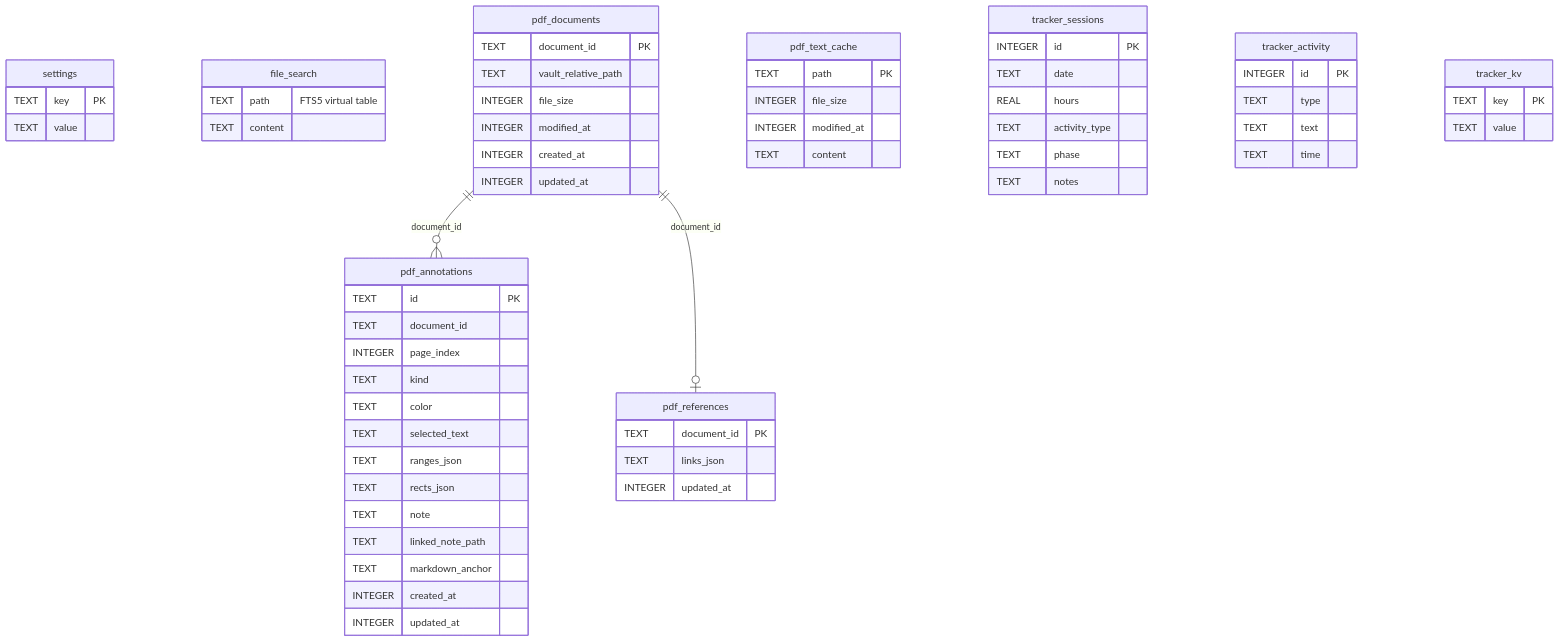
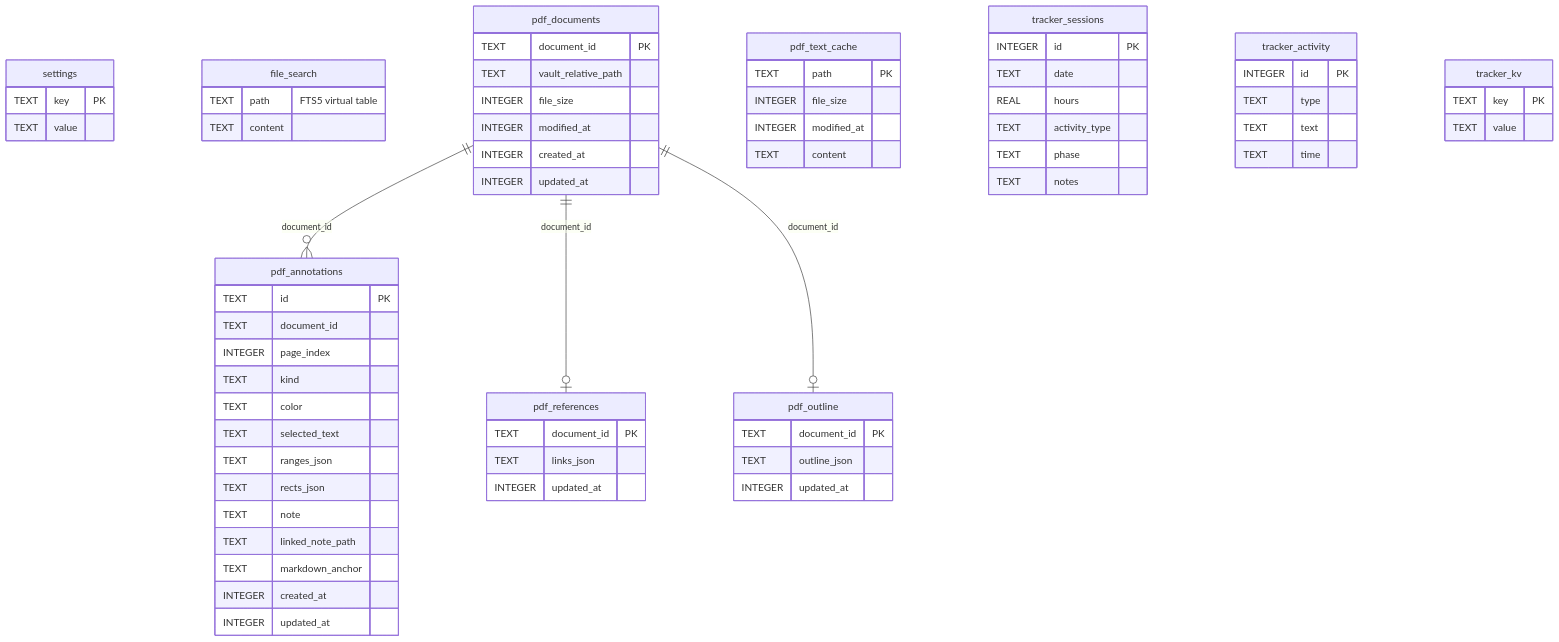
Before and after one commit to Suranjan77/md-editor: the first of 3 diagrams in wiki/Core-Services.md, drawn with Mermaid. The commit also changed other lines of this file and 37 other files, not shown here.

````diff
--- a/wiki/Core-Services.md
+++ b/wiki/Core-Services.md
@@ -44,66 +44,72 @@
 ```mermaid
 erDiagram
     settings {
         TEXT key PK
         TEXT value
     }
     file_search {
         TEXT path "FTS5 virtual table"
         TEXT content
     }
     pdf_documents {
         TEXT document_id PK
         TEXT vault_relative_path
         INTEGER file_size
         INTEGER modified_at
         INTEGER created_at
         INTEGER updated_at
     }
     pdf_annotations {
         TEXT id PK
         TEXT document_id
         INTEGER page_index
         TEXT kind
         TEXT color
         TEXT selected_text
         TEXT ranges_json
         TEXT rects_json
         TEXT note
         TEXT linked_note_path
         TEXT markdown_anchor
         INTEGER created_at
         INTEGER updated_at
     }
     pdf_text_cache {
         TEXT path PK
         INTEGER file_size
         INTEGER modified_at
         TEXT content
     }
     pdf_references {
         TEXT document_id PK
         TEXT links_json
         INTEGER updated_at
     }
+    pdf_outline {
+        TEXT document_id PK
+        TEXT outline_json
+        INTEGER updated_at
+    }
     tracker_sessions {
         INTEGER id PK
         TEXT date
         REAL hours
         TEXT activity_type
         TEXT phase
         TEXT notes
     }
     tracker_activity {
         INTEGER id PK
         TEXT type
         TEXT text
         TEXT time
     }
     tracker_kv {
         TEXT key PK
         TEXT value
     }
 
     pdf_documents ||--o{ pdf_annotations : "document_id"
     pdf_documents ||--o| pdf_references : "document_id"
+    pdf_documents ||--o| pdf_outline : "document_id"
 ```
````
